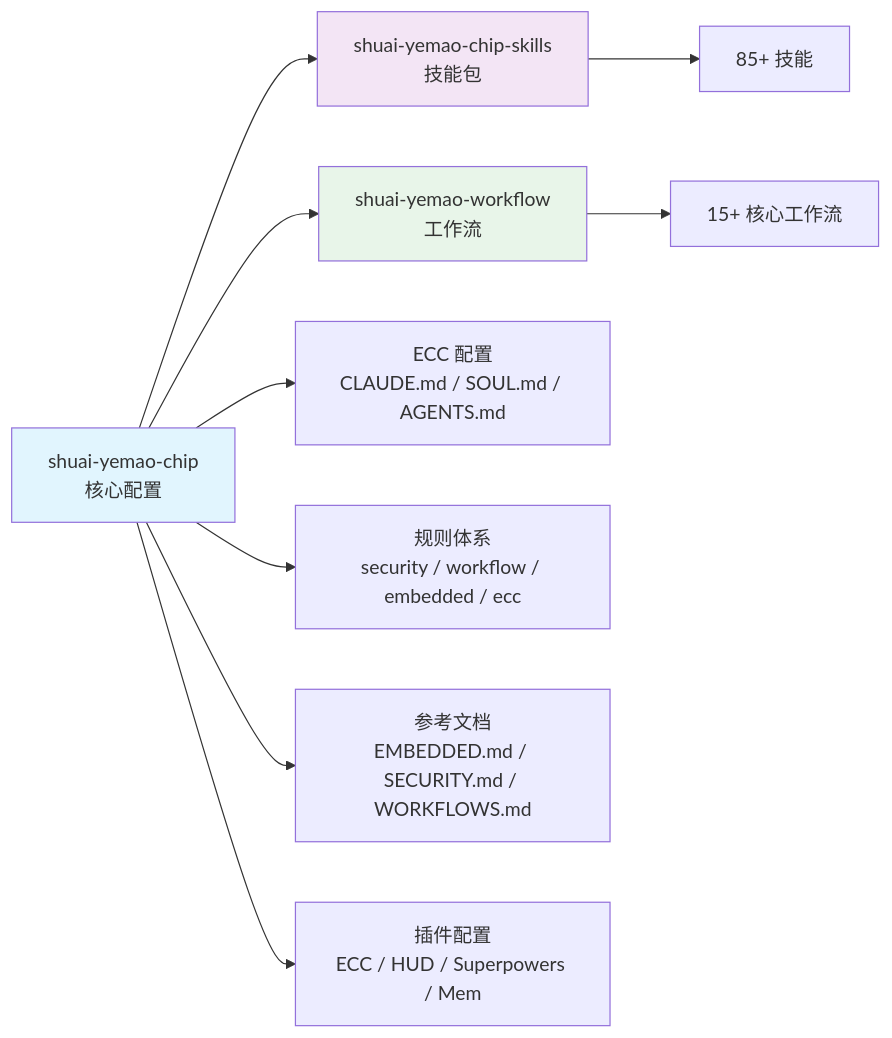
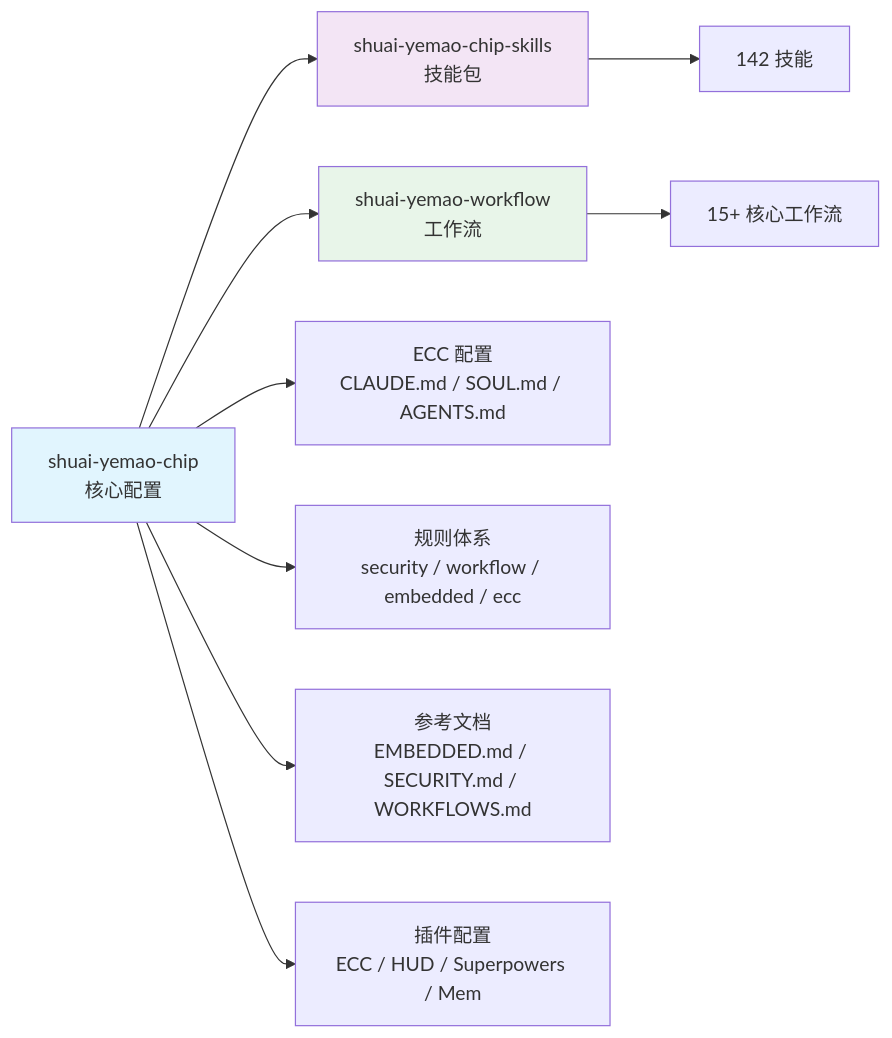
The second of 7 diagrams in README.md (shuai-yemao/shuai-yemao-chip), drawn with Mermaid before and after one commit. The commit also changed other lines of this file and 1 other file, not shown here.

````diff
--- a/README.md
+++ b/README.md
@@ -47,17 +48,17 @@
 ```mermaid
 graph LR
     A[shuai-yemao-chip<br/>核心配置] --> B[shuai-yemao-chip-skills<br/>技能包]
     A --> C[shuai-yemao-workflow<br/>工作流]
 
-    B --> D[85+ 技能]
+    B --> D[142 技能]
     C --> E[15+ 核心工作流]
 
     A --> F[ECC 配置<br/>CLAUDE.md / SOUL.md / AGENTS.md]
     A --> G[规则体系<br/>security / workflow / embedded / ecc]
     A --> H[参考文档<br/>EMBEDDED.md / SECURITY.md / WORKFLOWS.md]
     A --> I[插件配置<br/>ECC / HUD / Superpowers / Mem]
 
     style A fill:#e1f5fe
     style B fill:#f3e5f5
     style C fill:#e8f5e9
 ```
````
